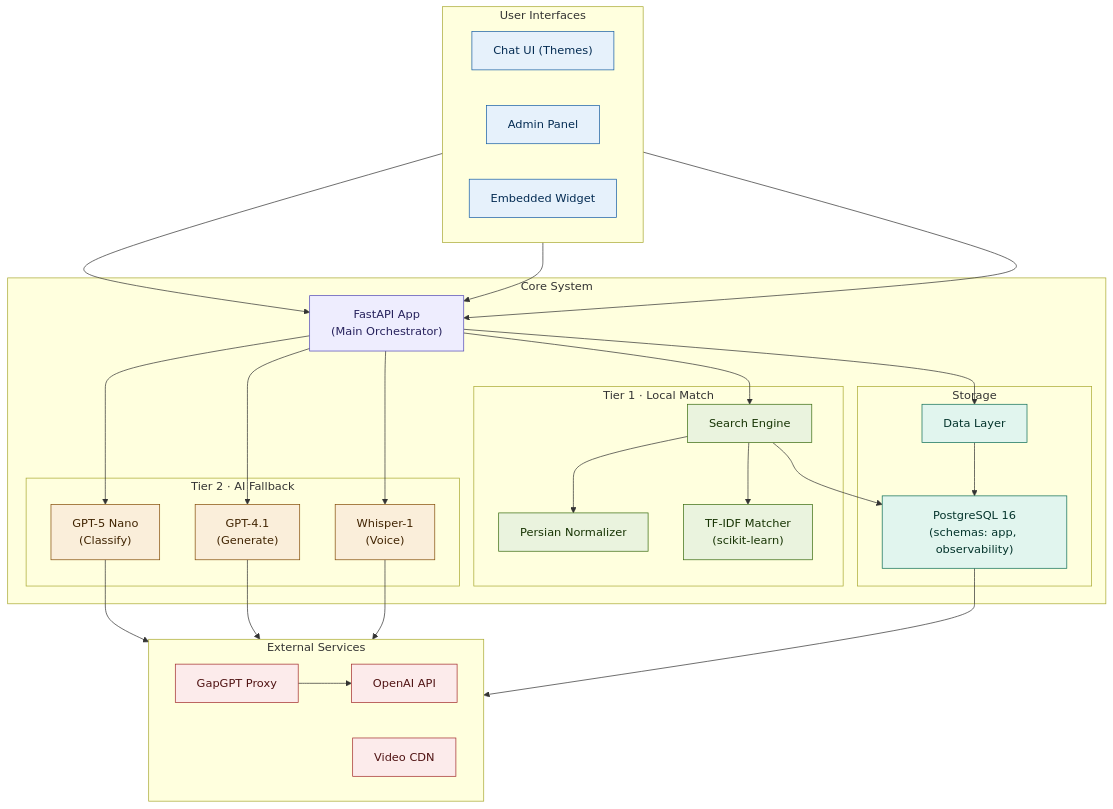
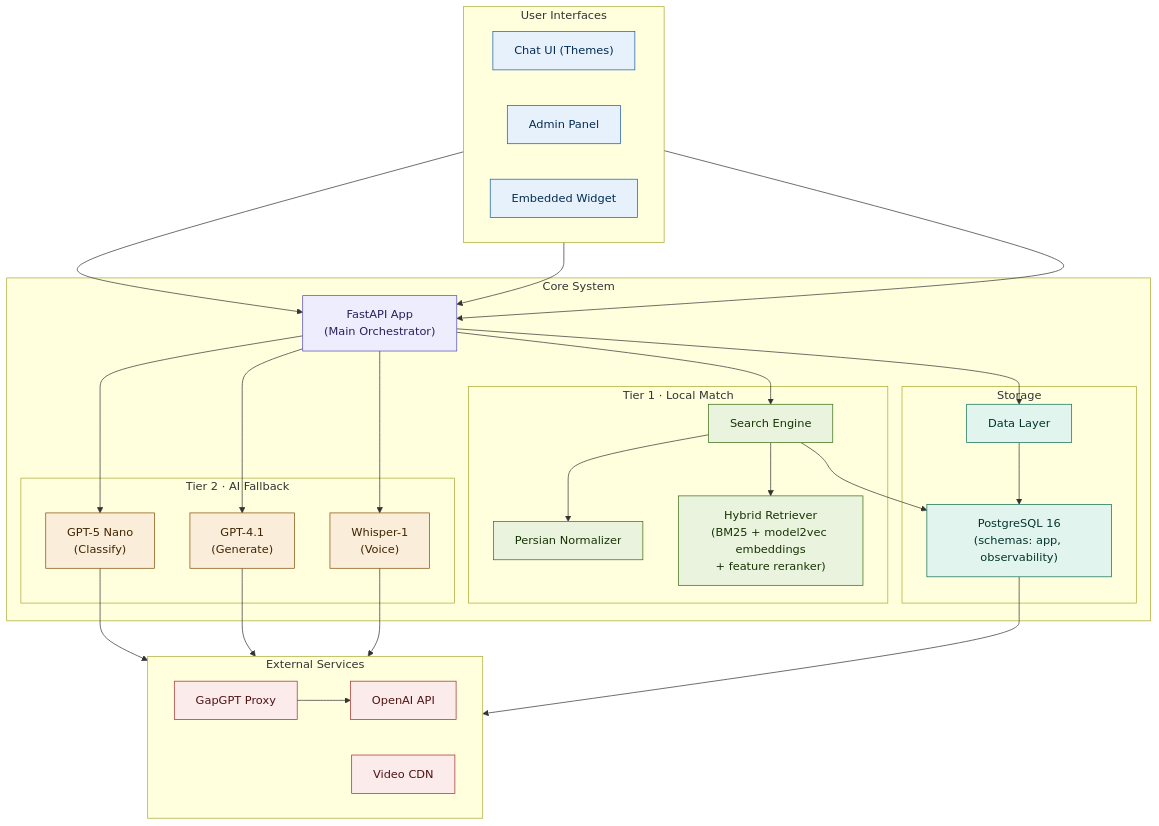
One commit to Kohandezh/PadyarAIChatBot changed the diagram in README.md. Above: the diagram before and after it, drawn with Mermaid. The commit also changed other lines of this file and 3 other files, not shown here.

````diff
--- a/README.md
+++ b/README.md
@@ -29,73 +32,73 @@
 ```mermaid
 flowchart TB
   subgraph UI["User Interfaces"]
     direction LR
     ChatUI["Chat UI (Themes)"]
     AdminUI["Admin Panel"]
     Embed["Embedded Widget"]
   end
 
   subgraph Core["Core System"]
     Orchestrator["FastAPI App<br/>(Main Orchestrator)"]
 
     subgraph Tier1["Tier 1 · Local Match"]
       Search["Search Engine"]
       Norm["Persian Normalizer"]
-      TFIDF["TF-IDF Matcher<br/>(scikit-learn)"]
+      Retrieval["Hybrid Retriever<br/>(BM25 + model2vec embeddings<br/>+ feature reranker)"]
     end
 
     subgraph Tier2["Tier 2 · AI Fallback"]
       Nano["GPT-5 Nano<br/>(Classify)"]
       GPT41["GPT-4.1<br/>(Generate)"]
       Whisper["Whisper-1<br/>(Voice)"]
     end
 
     subgraph Store["Storage"]
       DBLayer["Data Layer"]
       SQLite["PostgreSQL 16<br/>(schemas: app, observability)"]
     end
   end
 
   subgraph Ext["External Services"]
     direction LR
     OpenAI["OpenAI API"]
     GapGPT["GapGPT Proxy"]
     VideoCDN["Video CDN"]
   end
 
   ChatUI --> Orchestrator
   AdminUI --> Orchestrator
   Embed --> Orchestrator
 
   Orchestrator --> Search
   Search --> Norm
-  Search --> TFIDF
+  Search --> Retrieval
   Search --> SQLite
 
   Orchestrator --> Nano
   Orchestrator --> GPT41
   Orchestrator --> Whisper
 
   Orchestrator --> DBLayer
   DBLayer --> SQLite
 
   Nano --> GapGPT
   GPT41 --> GapGPT
   Whisper --> GapGPT
   GapGPT --> OpenAI
   SQLite --> VideoCDN
 
   classDef ui fill:#E6F1FB,stroke:#185FA5,color:#042C53;
   classDef core fill:#EEEDFE,stroke:#534AB7,color:#26215C;
   classDef green fill:#EAF3DE,stroke:#3B6D11,color:#173404;
   classDef amber fill:#FAEEDA,stroke:#854F0B,color:#412402;
   classDef teal fill:#E1F5EE,stroke:#0F6E56,color:#04342C;
   classDef red fill:#FCEBEB,stroke:#A32D2D,color:#501313;
 
   class ChatUI,AdminUI,Embed ui;
   class Orchestrator core;
-  class Search,Norm,TFIDF green;
+  class Search,Norm,Retrieval green;
   class Nano,GPT41,Whisper amber;
   class DBLayer,SQLite teal;
   class OpenAI,GapGPT,VideoCDN red;
 ```
````
